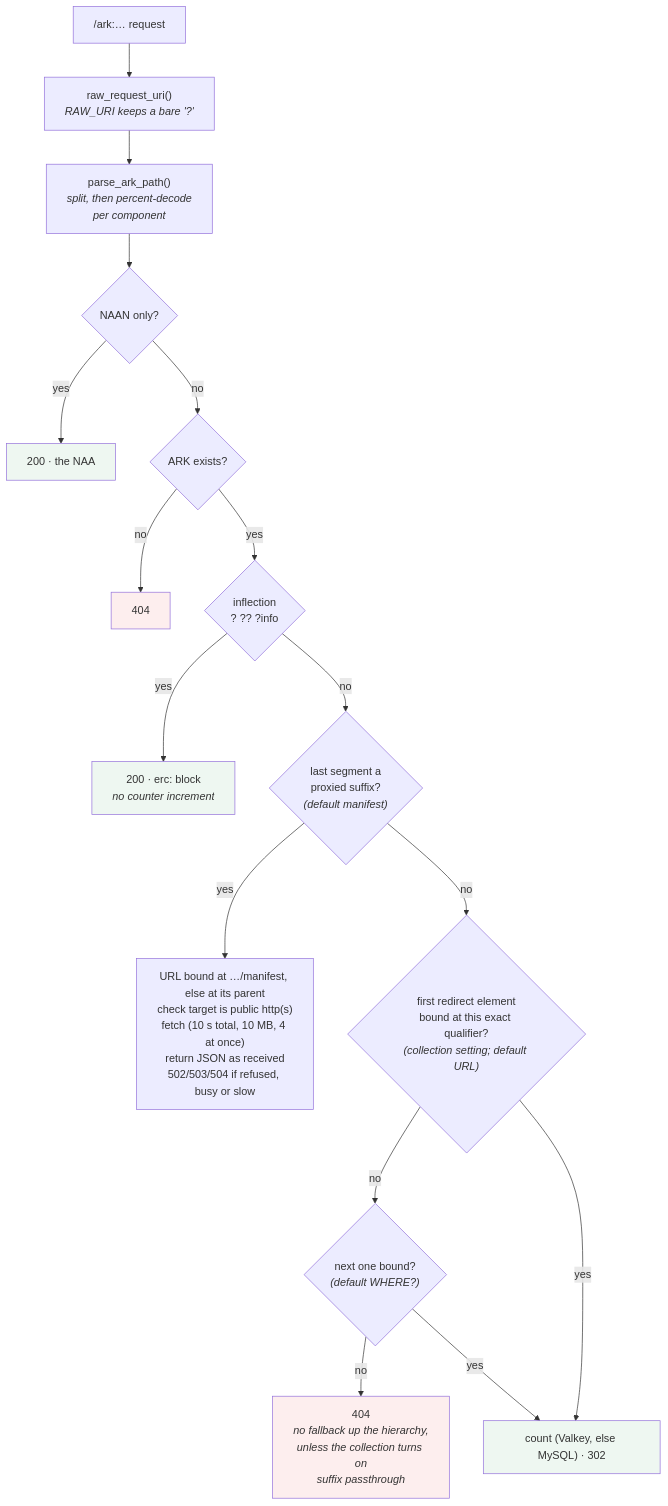
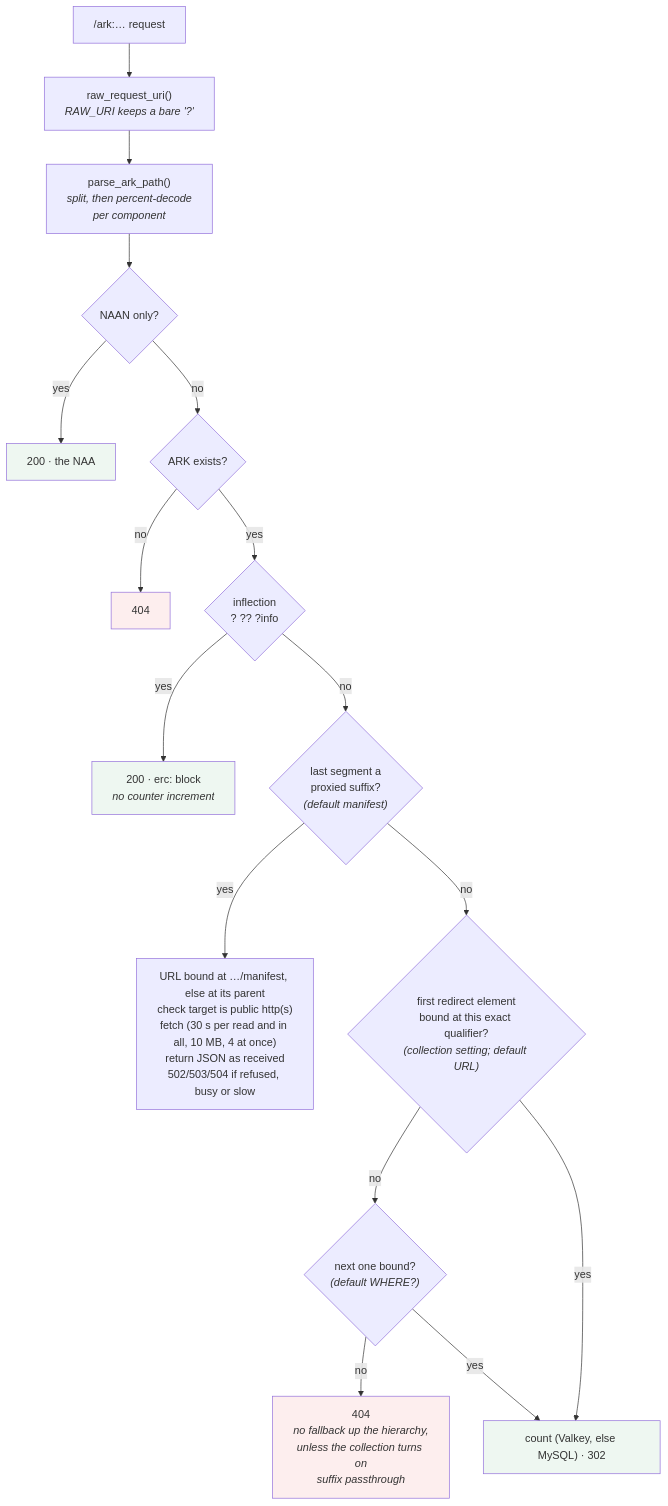
Before and after one commit to digitalutsc/arks-service: the seventh of 11 diagrams in docs/README_EXTENDED.md, drawn with Mermaid. The commit also changed other lines of this file and 4 other files, not shown here.

````diff
--- a/docs/README_EXTENDED.md
+++ b/docs/README_EXTENDED.md
@@ -287,24 +287,24 @@
 ```mermaid
 flowchart TD
     A["/ark:… request"] --> B["raw_request_uri()<br/><i>RAW_URI keeps a bare '?'</i>"]
     B --> C["parse_ark_path()<br/><i>split, then percent-decode<br/>per component</i>"]
     C --> D{"NAAN only?"}
     D -->|yes| E["200 · the NAA"]
     D -->|no| F{"ARK exists?"}
     F -->|no| G["404"]
     F -->|yes| H{"inflection<br/>? ?? ?info"}
     H -->|yes| I["200 · erc: block<br/><i>no counter increment</i>"]
     H -->|no| J{"last segment a<br/>proxied suffix?<br/><i>(default manifest)</i>"}
-    J -->|yes| K["URL bound at …/manifest, else at its parent<br/>check target is public http(s)<br/>fetch (10 s total, 10 MB, 4 at once)<br/>return JSON as received<br/>502/503/504 if refused, busy or slow"]
+    J -->|yes| K["URL bound at …/manifest, else at its parent<br/>check target is public http(s)<br/>fetch (30 s per read and in all, 10 MB, 4 at once)<br/>return JSON as received<br/>502/503/504 if refused, busy or slow"]
     J -->|no| L{"first redirect element<br/>bound at this exact qualifier?<br/><i>(collection setting; default URL)</i>"}
     L -->|no| M{"next one bound?<br/><i>(default WHERE?)</i>"}
     M -->|no| N["404<br/><i>no fallback up the hierarchy,<br/>unless the collection turns on<br/>suffix passthrough</i>"]
     M -->|yes| O["count (Valkey, else MySQL) · 302"]
     L -->|yes| O
 
     style E fill:#eef7f1
     style I fill:#eef7f1
     style O fill:#eef7f1
     style G fill:#fdeeee
     style N fill:#fdeeee
 ```
````
